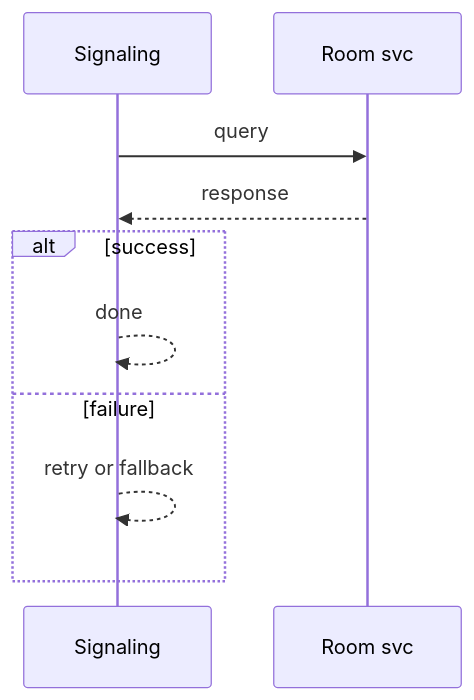
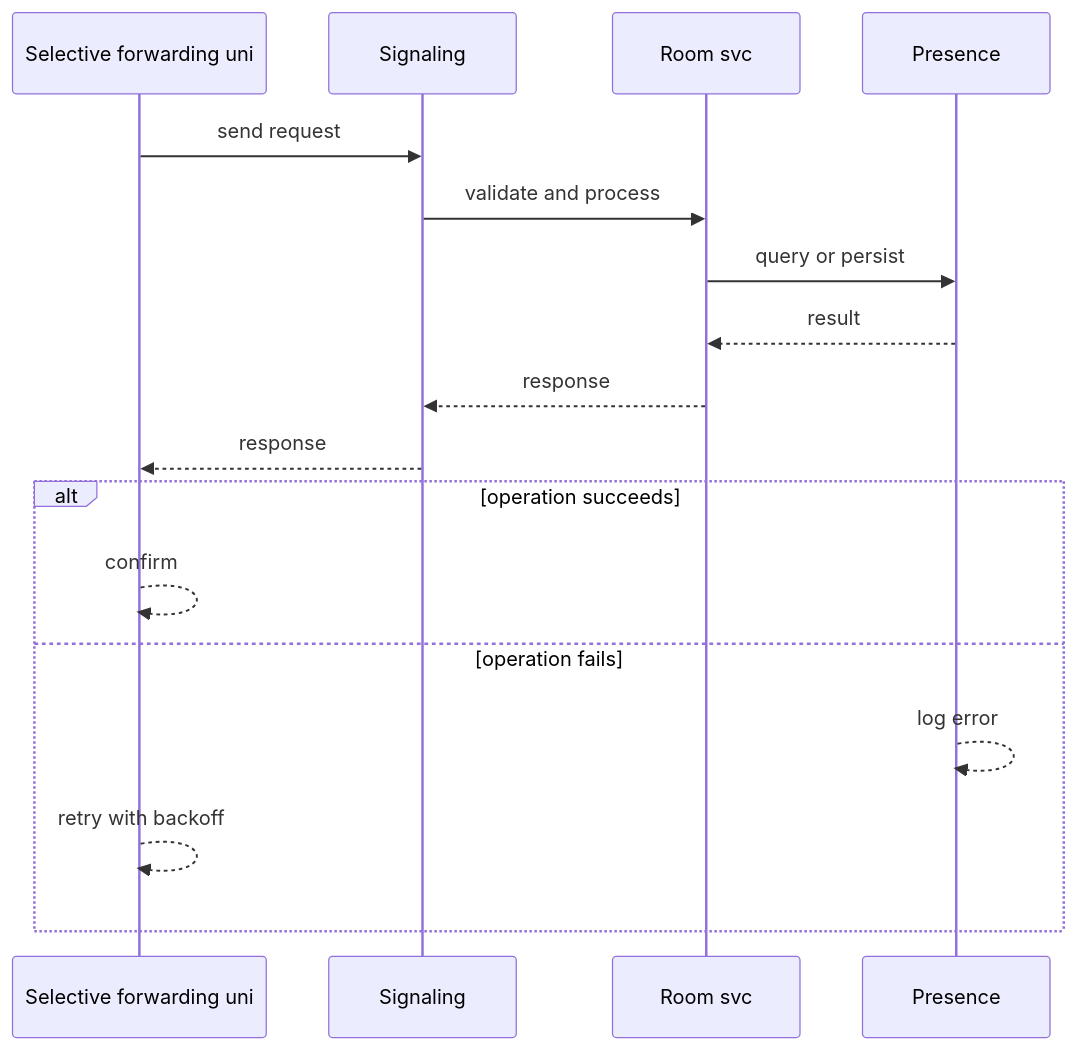
One commit to RIT-MESH/system-design-mastery changed the second of 4 diagrams in case-studies/advanced/video-conferencing.md. Above: the diagram before and after it, drawn with Mermaid. The commit also changed other lines of this file and 64 other files, not shown here.

````diff
--- a/case-studies/advanced/video-conferencing.md
+++ b/case-studies/advanced/video-conferencing.md
@@ -74,13 +62,20 @@
 ```mermaid
 %% created-for: system-design-mastery
 sequenceDiagram
-  participant P0 as Signaling
-  participant P1 as Room svc
-  P0 ->> P1: query
-  P1 -->> P0: response
-  alt success
-    P0 -->> P0: done
-  else failure
-    P0 -->> P0: retry or fallback
+  participant C0 as Selective forwarding uni
+  participant C1 as Signaling
+  participant C2 as Room svc
+  participant C3 as Presence
+  C0 ->> C1: send request
+  C1 ->> C2: validate and process
+  C2 ->> C3: query or persist
+  C3 -->> C2: result
+  C2 -->> C1: response
+  C1 -->> C0: response
+  alt operation succeeds
+    C0 -->> C0: confirm
+  else operation fails
+    C3 -->> C3: log error
+    C0 -->> C0: retry with backoff
   end
 ```
````
